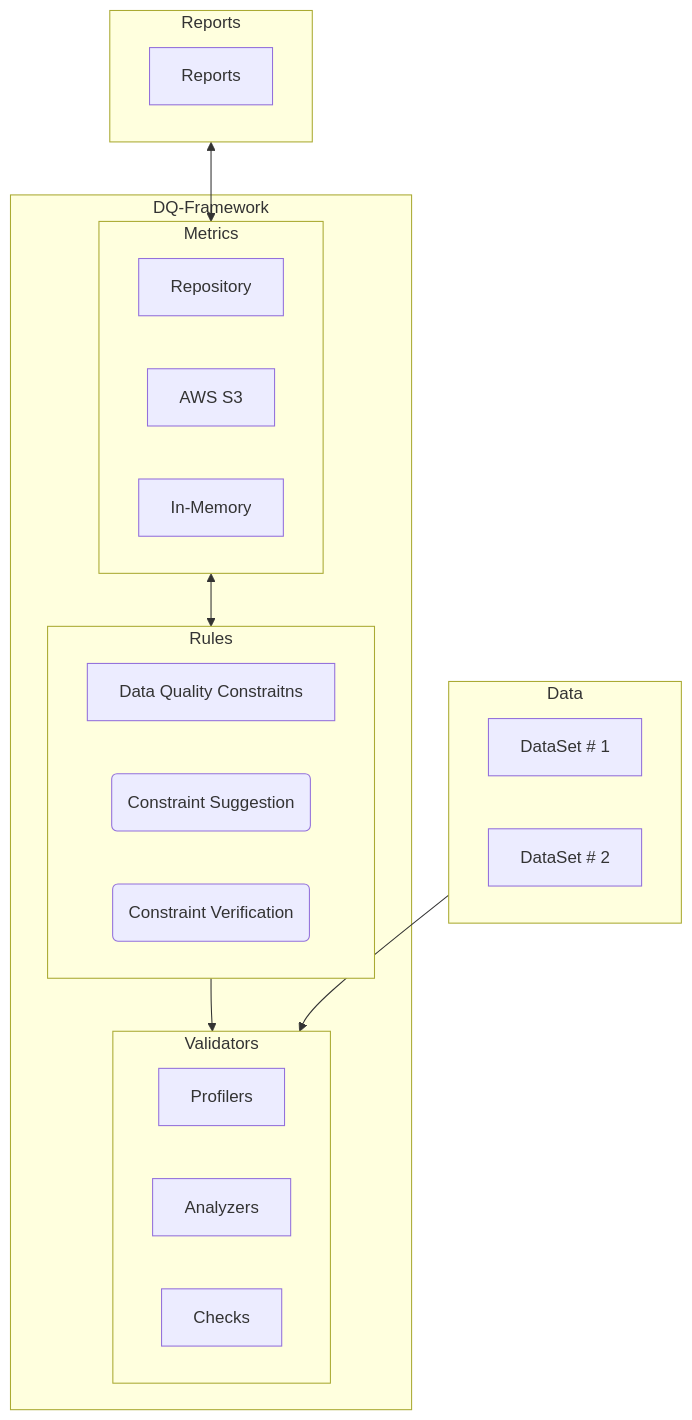
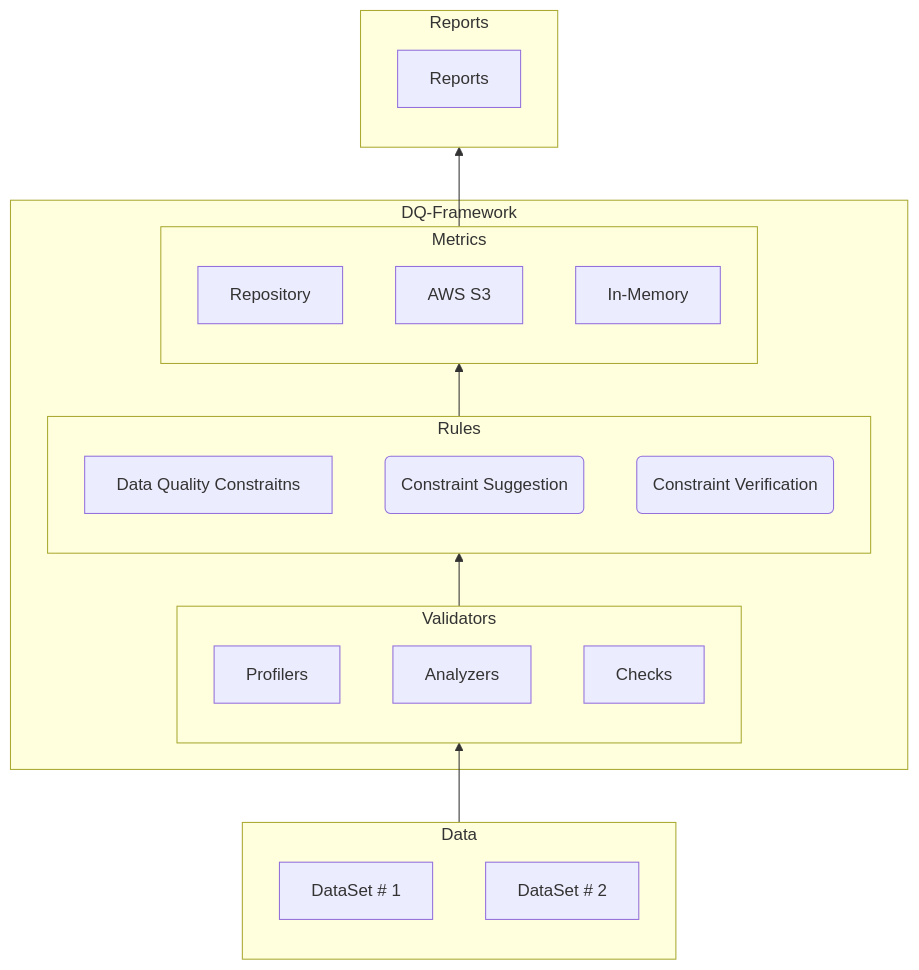
The tenth of 11 diagrams in README.md (peddadap/design_templates), drawn with Mermaid before and after one commit. The commit also changed other lines of this file, not shown here.

````diff
--- a/README.md
+++ b/README.md
@@ -354,37 +357,37 @@
 ```mermaid
 
-graph TD
+flowchart BT
   subgraph Data
     A[DataSet # 1]
     B[DataSet # 2]
   end
   subgraph DQ-Framework
     subgraph Rules
         C1[Data Quality Constraitns]
         C2(Constraint Suggestion)
         C3(Constraint Verification)
     end
 
     subgraph Validators
         D1[Profilers]
         D2[Analyzers]
         D3[Checks]
     end
 
     subgraph Metrics
         E1[Repository]
         E2[AWS S3]
         E3[In-Memory]
     end
   end
   subgraph Reports
     F1[Reports]
   end
 
-  Rules-->Validators
-  Metrics<-->Rules
+  Validators-->Rules
+  Rules-->Metrics
   Data-->Validators
-  Reports<-->Metrics
+  Metrics-->Reports
 
 
 ```
````
